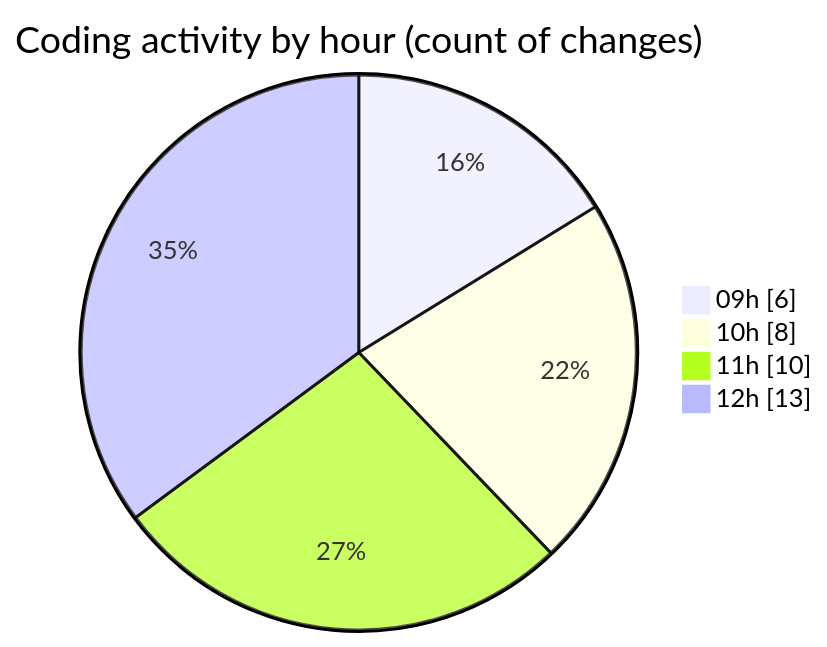
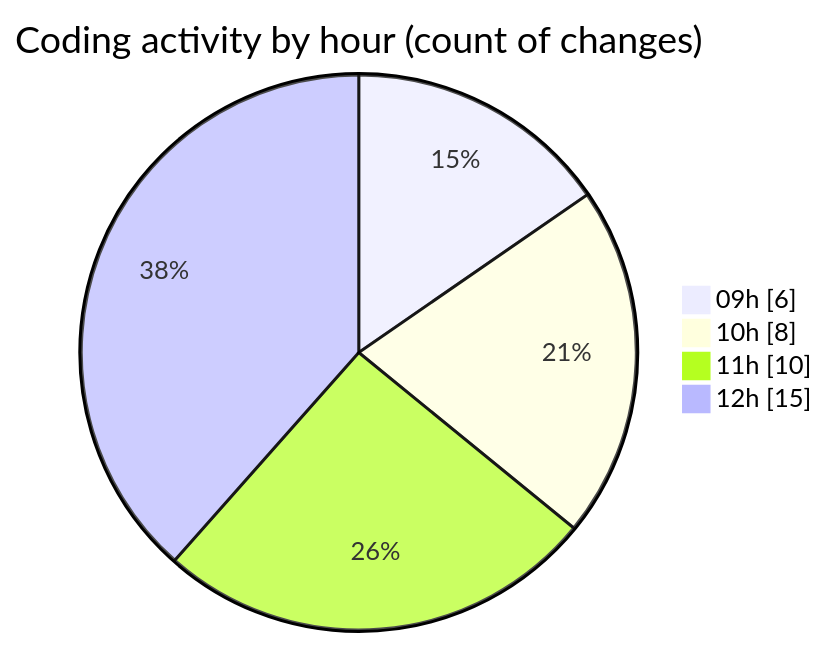
Before and after one commit to momahboobian/code-tracking: the second of 2 diagrams in 2025-10-22/cda/README.md, drawn with Mermaid. The commit also changed other lines of this file and 1 other file, not shown here.

````diff
--- a/2025-10-22/cda/README.md
+++ b/2025-10-22/cda/README.md
@@ -34,8 +34,8 @@
 ```mermaid
 pie showData
 title Coding activity by hour (count of changes)
 "09h" : 6
 "10h" : 8
 "11h" : 10
-"12h" : 13
+"12h" : 15
 ```
````
